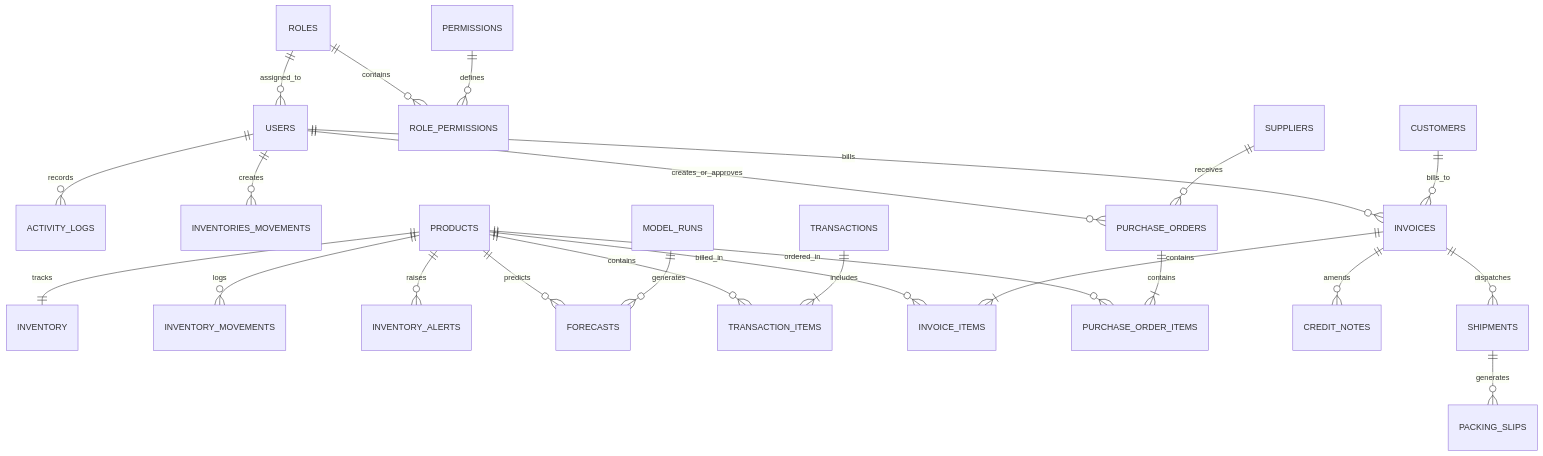
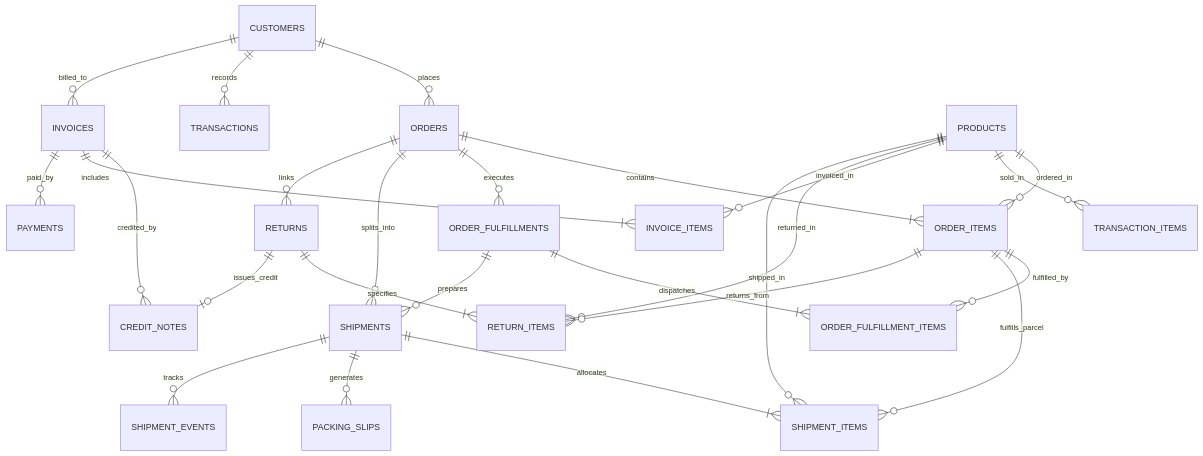
Before and after one commit to Lalith-Manohar/LLM-Project1: the second of 3 diagrams in docs/DATABASE_SCHEMA.md, drawn with Mermaid. The commit also changed other lines of this file, not shown here.

````diff
--- a/docs/DATABASE_SCHEMA.md
+++ b/docs/DATABASE_SCHEMA.md
@@ -11,30 +76,32 @@
 ```mermaid
 erDiagram
-    ROLES ||--o{ USERS : assigned_to
-    ROLES ||--o{ ROLE_PERMISSIONS : contains
-    PERMISSIONS ||--o{ ROLE_PERMISSIONS : defines
-    USERS ||--o{ ACTIVITY_LOGS : records
-    USERS ||--o{ INVENTORIES_MOVEMENTS : creates
-    USERS ||--o{ INVOICES : bills
-    USERS ||--o{ PURCHASE_ORDERS : creates_or_approves
-    
-    PRODUCTS ||--|| INVENTORY : tracks
-    PRODUCTS ||--o{ INVENTORY_MOVEMENTS : logs
-    PRODUCTS ||--o{ INVENTORY_ALERTS : raises
-    PRODUCTS ||--o{ FORECASTS : predicts
-    PRODUCTS ||--o{ TRANSACTION_ITEMS : contains
-    PRODUCTS ||--o{ INVOICE_ITEMS : billed_in
-    PRODUCTS ||--o{ PURCHASE_ORDER_ITEMS : ordered_in
-    
-    TRANSACTIONS ||--|{ TRANSACTION_ITEMS : includes
-    MODEL_RUNS ||--o{ FORECASTS : generates
-    
-    SUPPLIERS ||--o{ PURCHASE_ORDERS : receives
-    PURCHASE_ORDERS ||--|{ PURCHASE_ORDER_ITEMS : contains
-    
-    CUSTOMERS ||--o{ INVOICES : bills_to
-    INVOICES ||--|{ INVOICE_ITEMS : contains
-    INVOICES ||--o{ CREDIT_NOTES : amends
-    INVOICES ||--o{ SHIPMENTS : dispatches
+    CUSTOMERS ||--o{ ORDERS : places
+    CUSTOMERS ||--o{ TRANSACTIONS : records
+    CUSTOMERS ||--o{ INVOICES : billed_to
+
+    PRODUCTS ||--o{ ORDER_ITEMS : ordered_in
+    PRODUCTS ||--o{ TRANSACTION_ITEMS : sold_in
+    PRODUCTS ||--o{ INVOICE_ITEMS : invoiced_in
+    PRODUCTS ||--o{ RETURN_ITEMS : returned_in
+    PRODUCTS ||--o{ SHIPMENT_ITEMS : shipped_in
+
+    ORDERS ||--|{ ORDER_ITEMS : contains
+    ORDERS ||--o{ ORDER_FULFILLMENTS : executes
+    ORDER_FULFILLMENTS ||--|{ ORDER_FULFILLMENT_ITEMS : dispatches
+    ORDER_ITEMS ||--o{ ORDER_FULFILLMENT_ITEMS : fulfilled_by
+
+    ORDERS ||--o{ SHIPMENTS : splits_into
+    ORDER_FULFILLMENTS ||--o{ SHIPMENTS : prepares
+    SHIPMENTS ||--|{ SHIPMENT_ITEMS : allocates
+    ORDER_ITEMS ||--o{ SHIPMENT_ITEMS : fulfills_parcel
     SHIPMENTS ||--o{ PACKING_SLIPS : generates
+    SHIPMENTS ||--o{ SHIPMENT_EVENTS : tracks
+
+    ORDERS ||--o{ RETURNS : links
+    RETURNS ||--|{ RETURN_ITEMS : specifies
+    ORDER_ITEMS ||--o{ RETURN_ITEMS : returns_from
+    RETURNS ||--o| CREDIT_NOTES : issues_credit
+    INVOICES ||--o{ CREDIT_NOTES : credited_by
+    INVOICES ||--|{ INVOICE_ITEMS : includes
+    INVOICES ||--o{ PAYMENTS : paid_by
 ```
````
